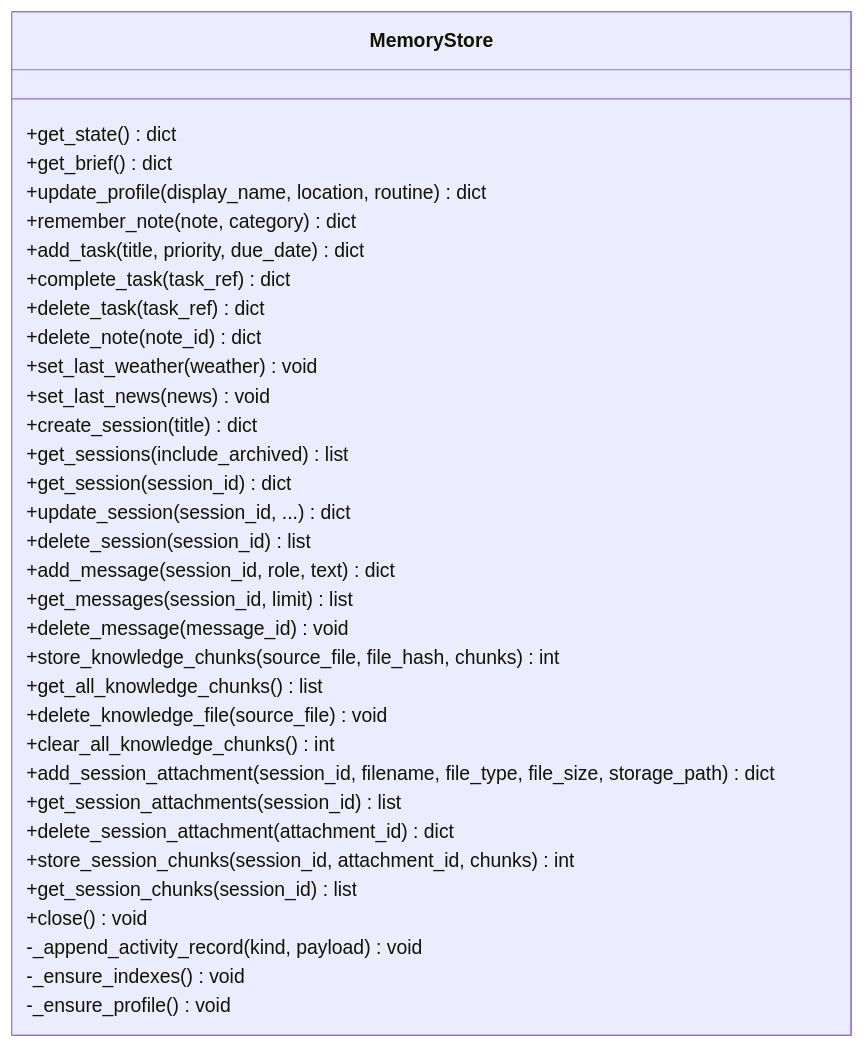
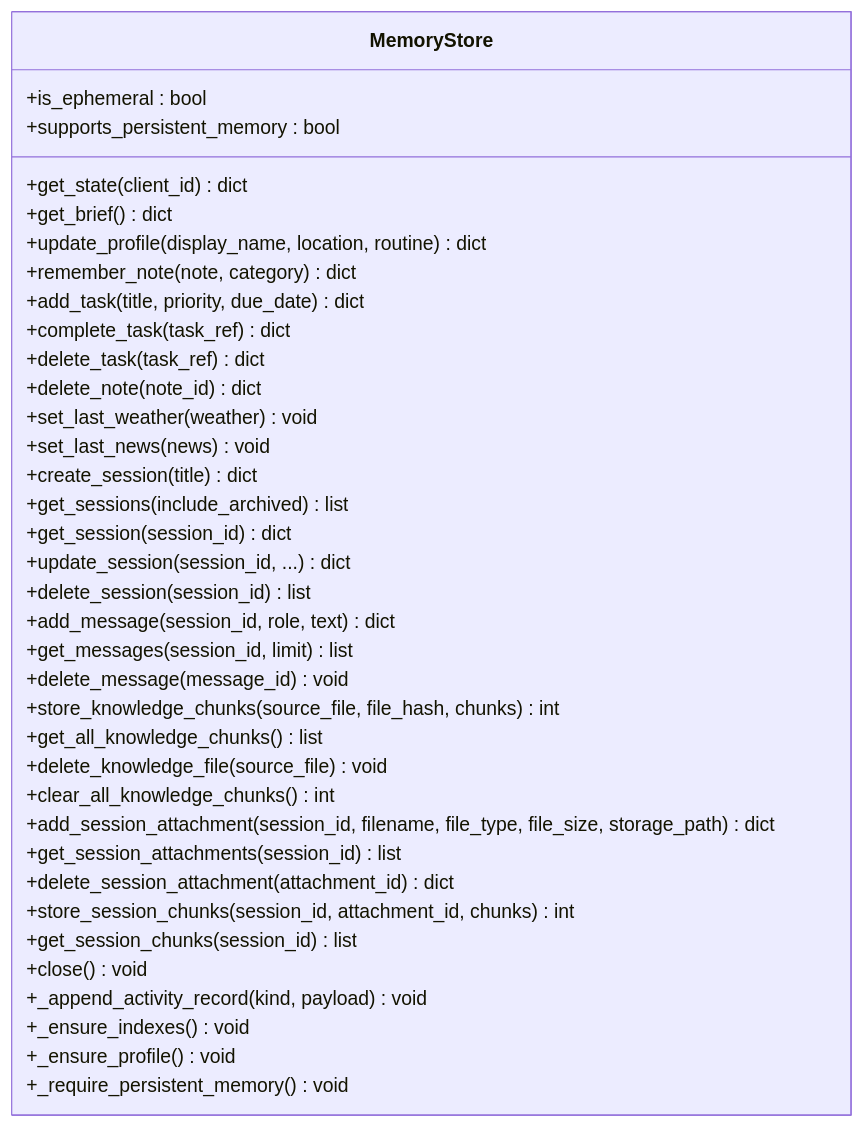
One commit to Sovetsky-Soyuz/AI-Assistant changed the third of 9 diagrams in .qoder/repowiki/en/content/Backend Components/AI Assistant Engine/Memory Integration and Data Persistence.md. Above: the diagram before and after it, drawn with Mermaid. The commit also changed other lines of this file and 15 other files, not shown here.

````diff
--- a/.qoder/repowiki/en/content/Backend Components/AI Assistant Engine/Memory Integration and Data Persistence.md
+++ b/.qoder/repowiki/en/content/Backend Components/AI Assistant Engine/Memory Integration and Data Persistence.md
@@ -151,36 +177,39 @@
 ```mermaid
 classDiagram
 class MemoryStore {
-+get_state() dict
++is_ephemeral : bool
++supports_persistent_memory : bool
++get_state(client_id) dict
 +get_brief() dict
 +update_profile(display_name, location, routine) dict
 +remember_note(note, category) dict
 +add_task(title, priority, due_date) dict
 +complete_task(task_ref) dict
 +delete_task(task_ref) dict
 +delete_note(note_id) dict
 +set_last_weather(weather) void
 +set_last_news(news) void
 +create_session(title) dict
 +get_sessions(include_archived) list
 +get_session(session_id) dict
 +update_session(session_id, ...) dict
 +delete_session(session_id) list
 +add_message(session_id, role, text) dict
 +get_messages(session_id, limit) list
 +delete_message(message_id) void
 +store_knowledge_chunks(source_file, file_hash, chunks) int
 +get_all_knowledge_chunks() list
 +delete_knowledge_file(source_file) void
 +clear_all_knowledge_chunks() int
 +add_session_attachment(session_id, filename, file_type, file_size, storage_path) dict
 +get_session_attachments(session_id) list
 +delete_session_attachment(attachment_id) dict
 +store_session_chunks(session_id, attachment_id, chunks) int
 +get_session_chunks(session_id) list
 +close() void
--_append_activity_record(kind, payload) void
--_ensure_indexes() void
--_ensure_profile() void
++_append_activity_record(kind, payload) void
++_ensure_indexes() void
++_ensure_profile() void
++_require_persistent_memory() void
 }
 ```
````
